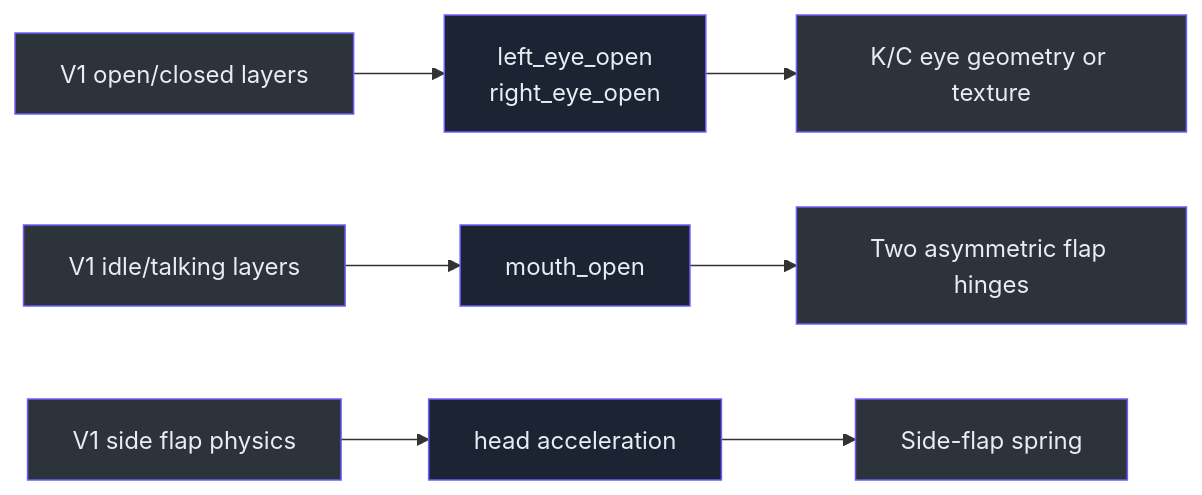
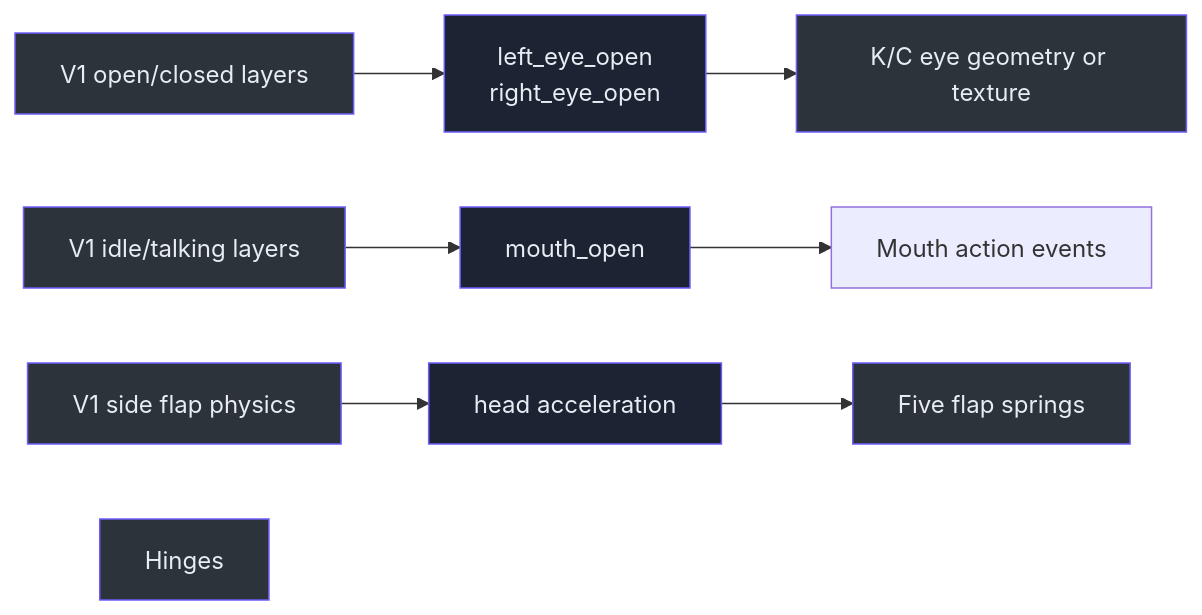
Before and after one commit to Zanark/KardboardCode-VTuber: the second of 2 diagrams in docs/01-foundations/visual-identity-and-source-avatar.md, drawn with Mermaid. The commit also changed other lines of this file and 58 other files, not shown here.

````diff
--- a/docs/01-foundations/visual-identity-and-source-avatar.md
+++ b/docs/01-foundations/visual-identity-and-source-avatar.md
@@ -106,18 +106,18 @@
 ```mermaid
 flowchart LR
     V1Eyes["V1 open/closed layers"] --> EyeSignals["left_eye_open<br>right_eye_open"]
     V1Flaps["V1 idle/talking layers"] --> MouthSignal["mouth_open"]
     V1Side["V1 side flap physics"] --> Accel["head acceleration"]
     EyeSignals --> KC3D["K/C eye geometry or texture"]
-    MouthSignal --> Hinges["Two asymmetric flap hinges"]
-    Accel --> Spring["Side-flap spring"]
+    MouthSignal --> Events["Mouth action events"]
+    Accel --> Spring["Five flap springs"]
     style V1Eyes fill:#2d333b,stroke:#6d5dfc,color:#e6edf3
     style V1Flaps fill:#2d333b,stroke:#6d5dfc,color:#e6edf3
     style V1Side fill:#2d333b,stroke:#6d5dfc,color:#e6edf3
     style EyeSignals fill:#1c2333,stroke:#6d5dfc,color:#e6edf3
     style MouthSignal fill:#1c2333,stroke:#6d5dfc,color:#e6edf3
     style Accel fill:#1c2333,stroke:#6d5dfc,color:#e6edf3
     style KC3D fill:#2d333b,stroke:#6d5dfc,color:#e6edf3
     style Hinges fill:#2d333b,stroke:#6d5dfc,color:#e6edf3
     style Spring fill:#2d333b,stroke:#6d5dfc,color:#e6edf3
 ```
````
